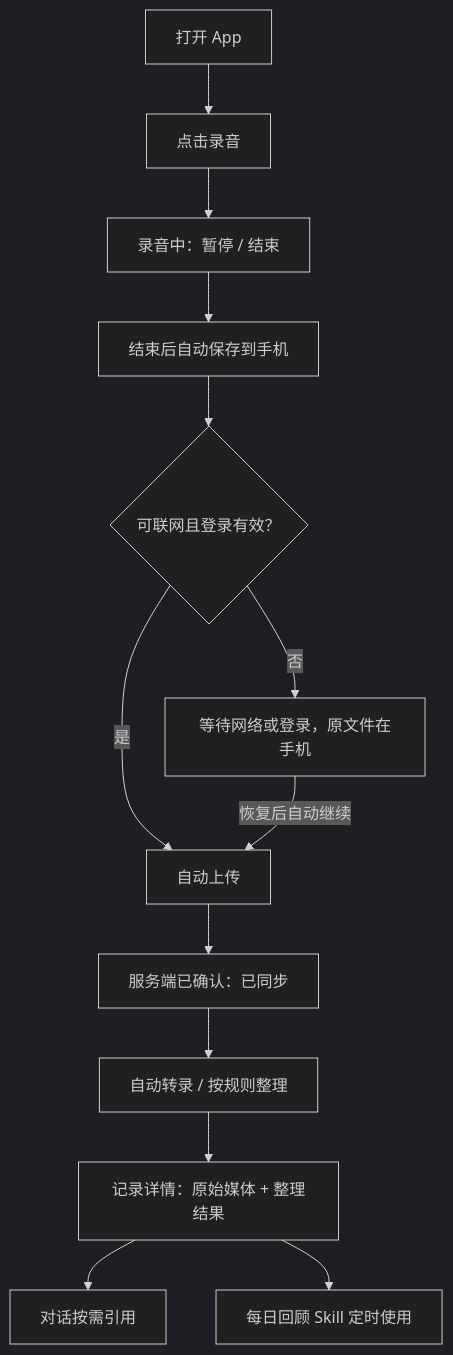
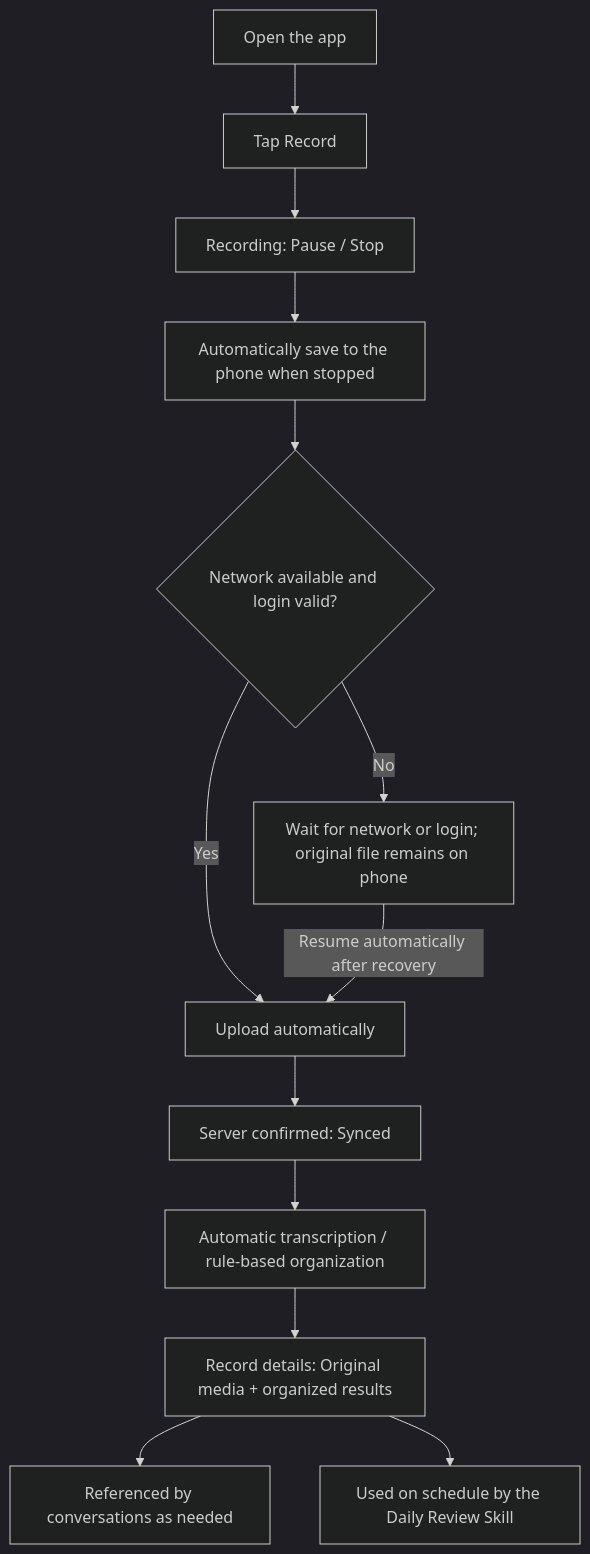
The first of 3 diagrams in docs/mobile-capture-ux.md (flyfy1/event-driven-context), drawn with Mermaid (dark theme) before and after one commit. The commit also changed other lines of this file and 13 other files, not shown here.

```diff
--- a/docs/mobile-capture-ux.md
+++ b/docs/mobile-capture-ux.md
@@ -17,15 +19,15 @@
 ~~~mermaid
 flowchart TD
-    A["打开 App"] --> B["点击录音"]
-    B --> C["录音中：暂停 / 结束"]
-    C --> D["结束后自动保存到手机"]
-    D --> E{"可联网且登录有效？"}
-    E -->|是| F["自动上传"]
-    E -->|否| G["等待网络或登录，原文件在手机"]
-    G -->|恢复后自动继续| F
-    F --> H["服务端已确认：已同步"]
-    H --> I["自动转录 / 按规则整理"]
-    I --> J["记录详情：原始媒体 + 整理结果"]
-    J --> K["对话按需引用"]
-    J --> L["每日回顾 Skill 定时使用"]
+    A["Open the app"] --> B["Tap Record"]
+    B --> C["Recording: Pause / Stop"]
+    C --> D["Automatically save to the phone when stopped"]
+    D --> E{"Network available and login valid?"}
+    E -->|Yes| F["Upload automatically"]
+    E -->|No| G["Wait for network or login; original file remains on phone"]
+    G -->|Resume automatically after recovery| F
+    F --> H["Server confirmed: Synced"]
+    H --> I["Automatic transcription / rule-based organization"]
+    I --> J["Record details: Original media + organized results"]
+    J --> K["Referenced by conversations as needed"]
+    J --> L["Used on schedule by the Daily Review Skill"]
 ~~~
```
